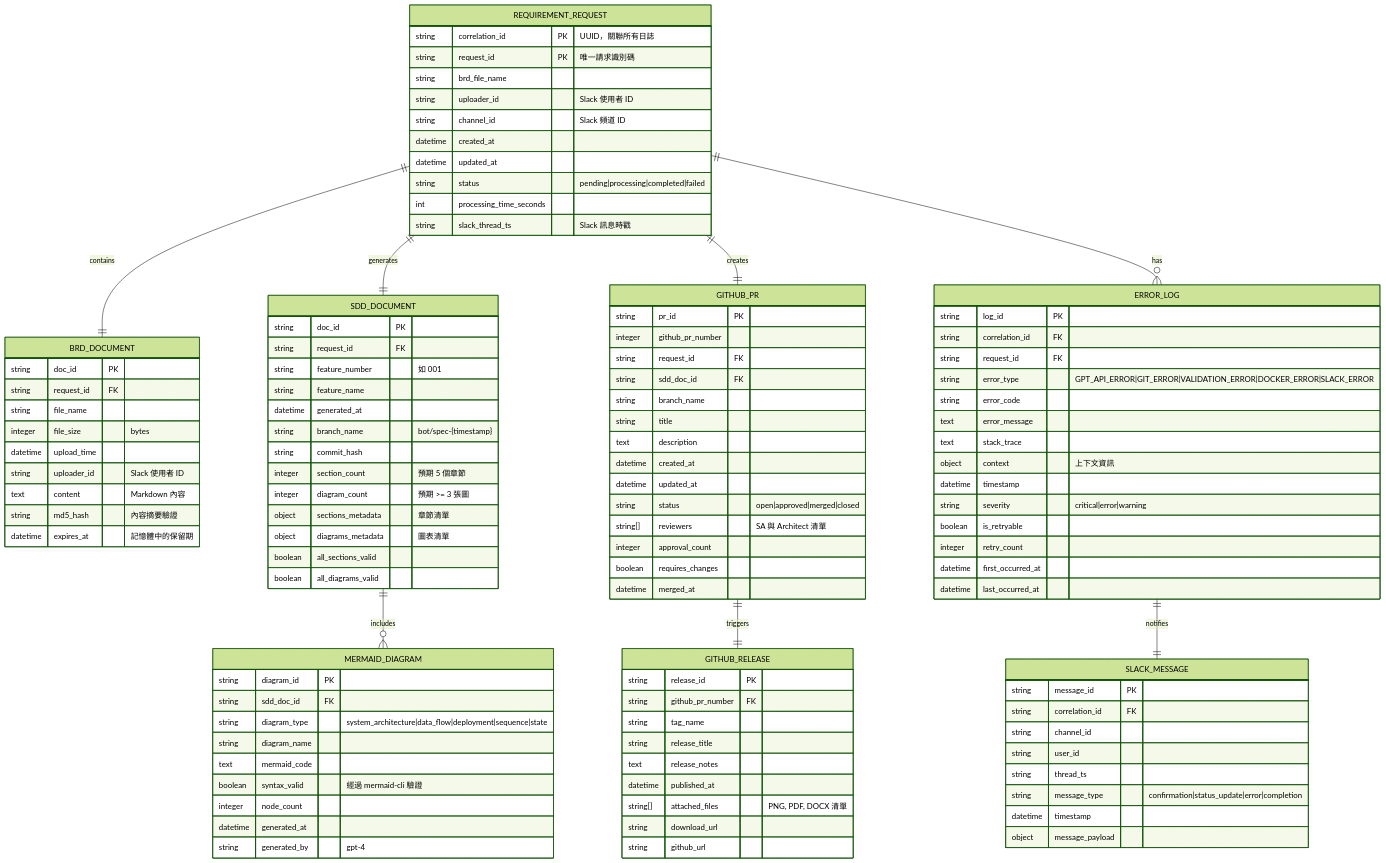
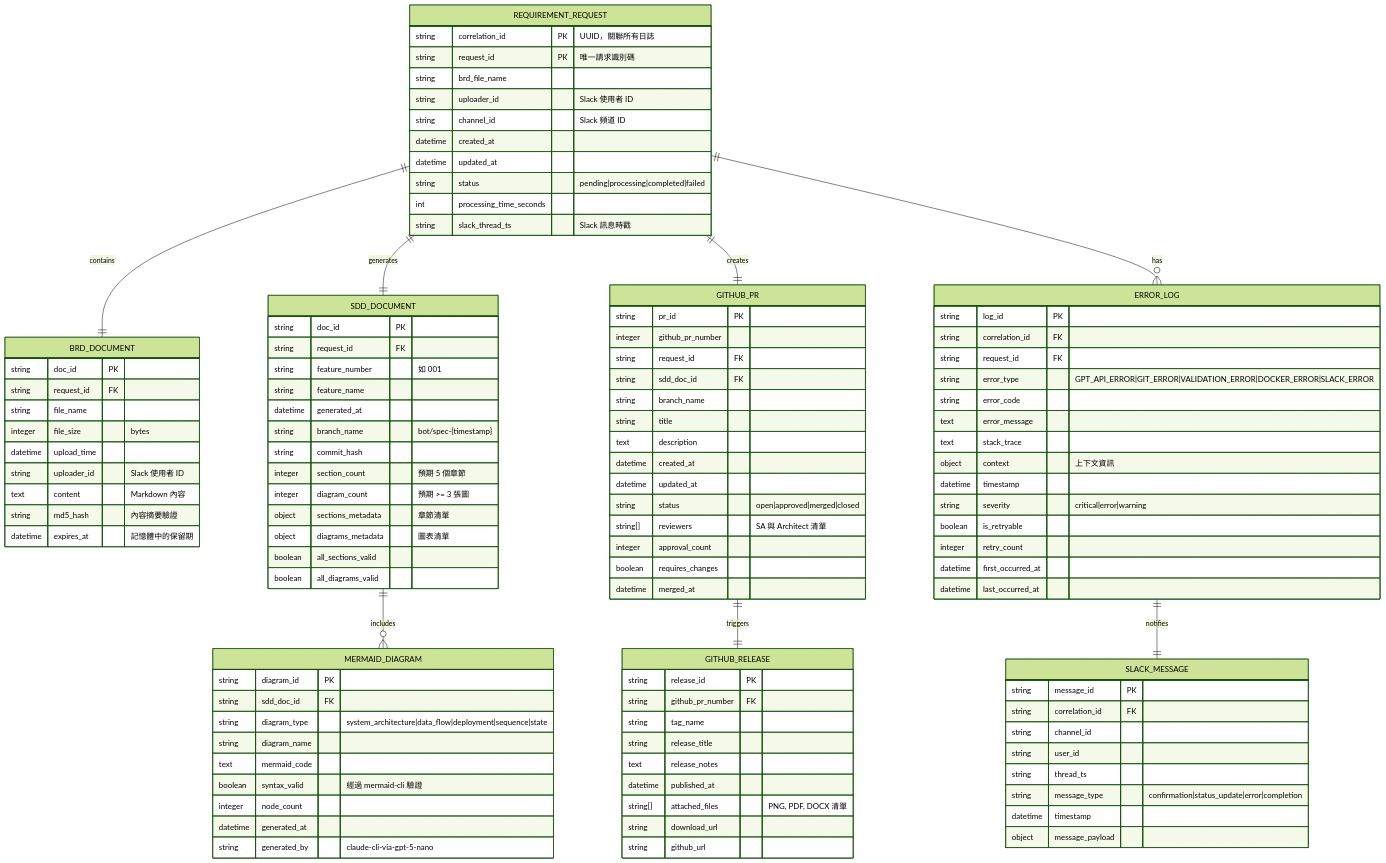
The first of 5 diagrams in specs/001-spec-bot-sdd-integration/data-model.md (ro9er117911/SDD_kit), drawn with Mermaid (forest theme) before and after one commit. The commit also changed other lines of this file and 7 other files, not shown here.

```diff
--- a/specs/001-spec-bot-sdd-integration/data-model.md
+++ b/specs/001-spec-bot-sdd-integration/data-model.md
@@ -104,7 +104,7 @@
         boolean syntax_valid "經過 mermaid-cli 驗證"
         integer node_count
         datetime generated_at
-        string generated_by "gpt-4"
+        string generated_by "claude-cli-via-gpt-5-nano"
     }
 
     GITHUB_RELEASE {
```
